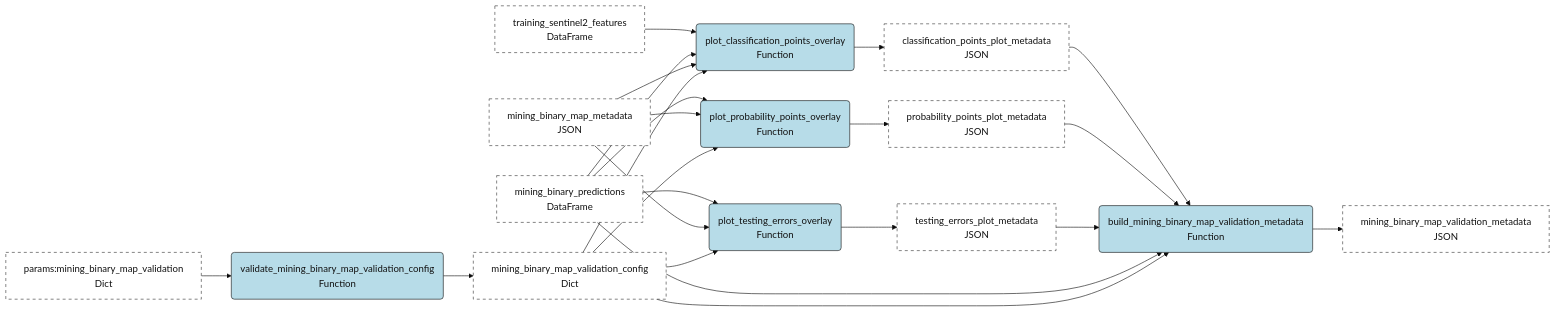
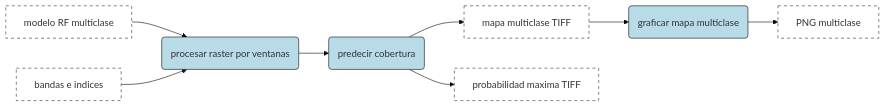
Before and after one commit to KevinReyes95-04/Proyecto_programacionSIG: diagram 13 of 16 in docs/proyecto_final.qmd, drawn with Mermaid (base theme). The commit also changed other lines of this file and 55 other files, not shown here.

````diff
--- a/docs/proyecto_final.qmd
+++ b/docs/proyecto_final.qmd
@@ -766,27 +785,12 @@
 ```{mermaid}
 flowchart LR
-  params["params:mining_binary_map_validation<br/>Dict"]:::input --> v("validate_mining_binary_map_validation_config<br/>Function"):::func
-  v --> cfg["mining_binary_map_validation_config<br/>Dict"]:::output
-  train["training_sentinel2_features<br/>DataFrame"]:::input --> classmap("plot_classification_points_overlay<br/>Function"):::func
-  preds["mining_binary_predictions<br/>DataFrame"]:::input --> classmap
-  mapmeta["mining_binary_map_metadata<br/>JSON"]:::input --> classmap
-  cfg --> classmap
-  preds --> prob("plot_probability_points_overlay<br/>Function"):::func
-  mapmeta --> prob
-  cfg --> prob
-  preds --> errors("plot_testing_errors_overlay<br/>Function"):::func
-  mapmeta --> errors
-  cfg --> errors
-  classmap --> classout["classification_points_plot_metadata<br/>JSON"]:::output
-  prob --> probout["probability_points_plot_metadata<br/>JSON"]:::output
-  errors --> errout["testing_errors_plot_metadata<br/>JSON"]:::output
-  classout --> meta("build_mining_binary_map_validation_metadata<br/>Function"):::func
-  probout --> meta
-  errout --> meta
-  preds --> meta
-  cfg --> meta
-  meta --> out["mining_binary_map_validation_metadata<br/>JSON"]:::output
-  classDef input fill:#ffffff,stroke:#333333,stroke-dasharray:5 5,color:#111111;
-  classDef output fill:#ffffff,stroke:#333333,stroke-dasharray:5 5,color:#111111;
-  classDef func fill:#b7dce8,stroke:#111111,color:#111111;
+  model["modelo RF multiclase"]:::data --> win("procesar raster por ventanas"):::node
+  ras["bandas e indices"]:::data --> win
+  win --> pred("predecir cobertura"):::node
+  pred --> map["mapa multiclase TIFF"]:::data
+  pred --> prob["probabilidad maxima TIFF"]:::data
+  map --> png("graficar mapa multiclase"):::node
+  png --> out["PNG multiclase"]:::data
+  classDef data fill:#ffffff,stroke:#333,stroke-dasharray:5 5;
+  classDef node fill:#b7dce8,stroke:#111;
 ```
````
